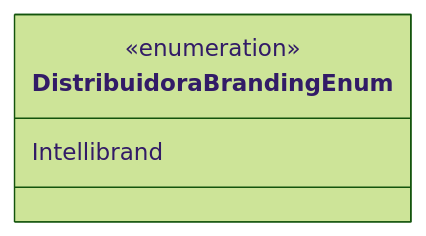
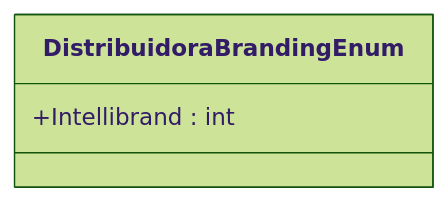
The diagram in docs/b2b-dominio/IsthmusWinthor.Nucleo/IsthmusWinthor.Dominio/Enumeradores/DistribuidoraBrandingEnum.md (IsthmusSistemas/documentacao-tecnica), drawn with Mermaid (forest theme) before and after one commit. The commit also changed other lines of this file and 882 other files, not shown here.

````diff
--- a/docs/b2b-dominio/IsthmusWinthor.Nucleo/IsthmusWinthor.Dominio/Enumeradores/DistribuidoraBrandingEnum.md
+++ b/docs/b2b-dominio/IsthmusWinthor.Nucleo/IsthmusWinthor.Dominio/Enumeradores/DistribuidoraBrandingEnum.md
@@ -11,7 +12,6 @@
 ```mermaid
 classDiagram
     class DistribuidoraBrandingEnum {
-        <<enumeration>>
-        Intellibrand
+        +Intellibrand : int
     }
 ```
````
